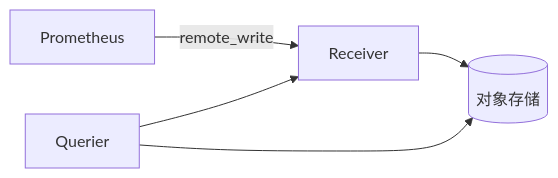
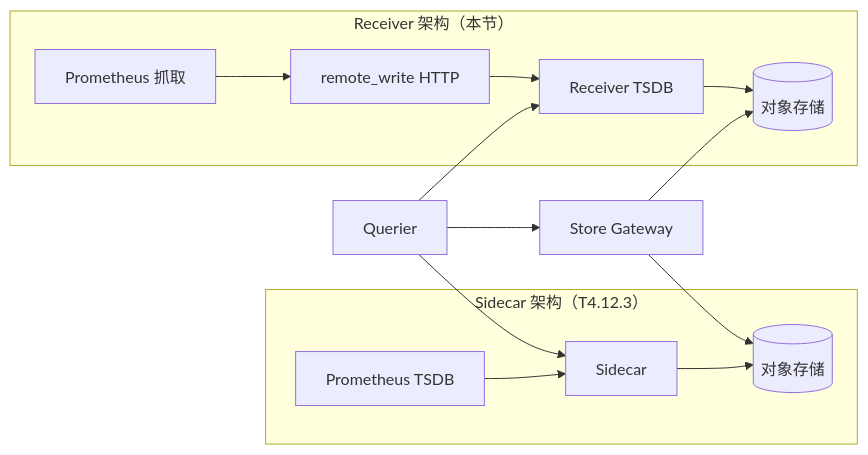
The third of 3 diagrams in docs/prometheus/prometheus.md (brinnatt/kubeauto), drawn with Mermaid before and after one commit. The commit also changed other lines of this file, not shown here.

````diff
--- a/docs/prometheus/prometheus.md
+++ b/docs/prometheus/prometheus.md
@@ -4190,7 +4200,23 @@
 ```mermaid
 flowchart LR
-  P[Prometheus] -->|remote_write| R[Receiver]
-  R --> B[(对象存储)]
-  Q[Querier] --> R
-  Q --> B
+  subgraph sidecar_path["Sidecar 架构（T4.12.3）"]
+    PS[Prometheus TSDB]
+    SC[Sidecar]
+    PS --> SC
+    SC --> BS[(对象存储)]
+  end
+  subgraph recv_path["Receiver 架构（本节）"]
+    PR[Prometheus 抓取]
+    RW[remote_write HTTP]
+    REC[Receiver TSDB]
+    PR --> RW --> REC
+    REC --> BR[(对象存储)]
+  end
+  Q[Querier]
+  Q --> SC
+  Q --> REC
+  SG[Store Gateway]
+  SG --> BS
+  SG --> BR
+  Q --> SG
 ```
````
